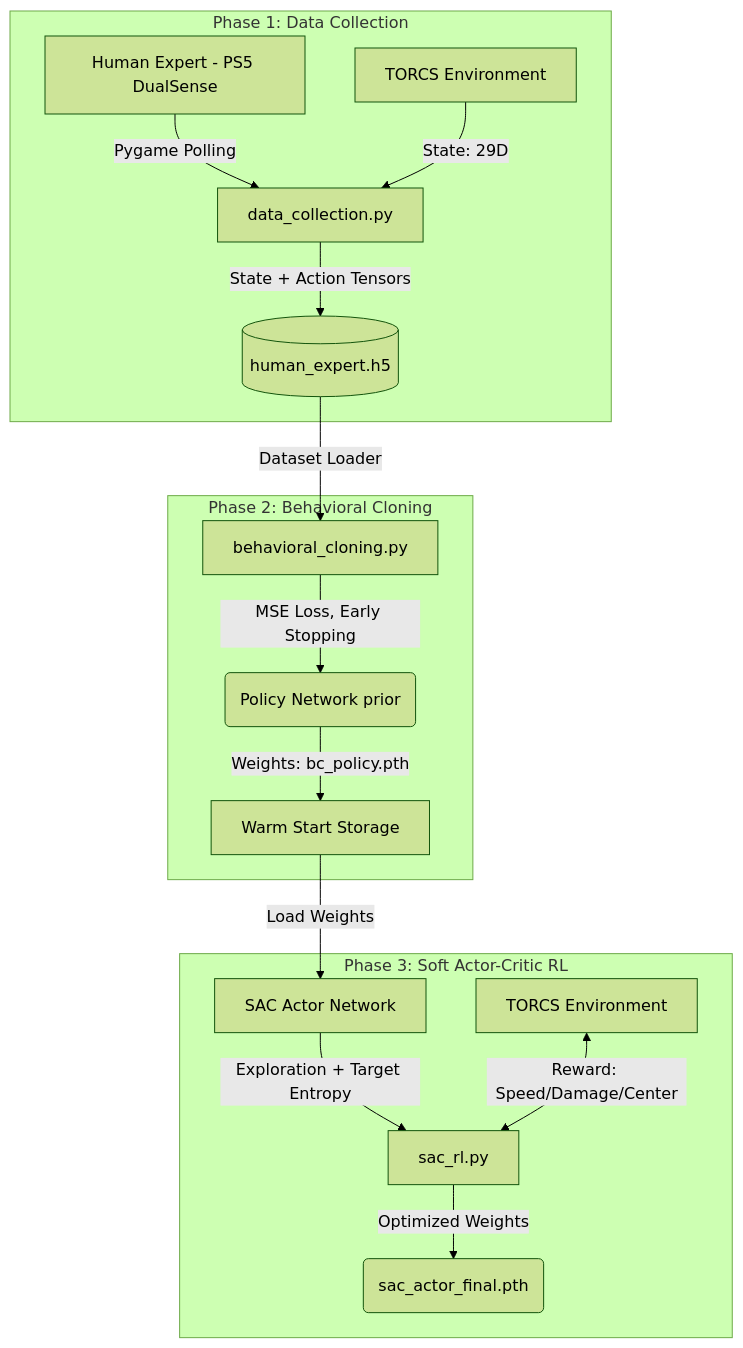
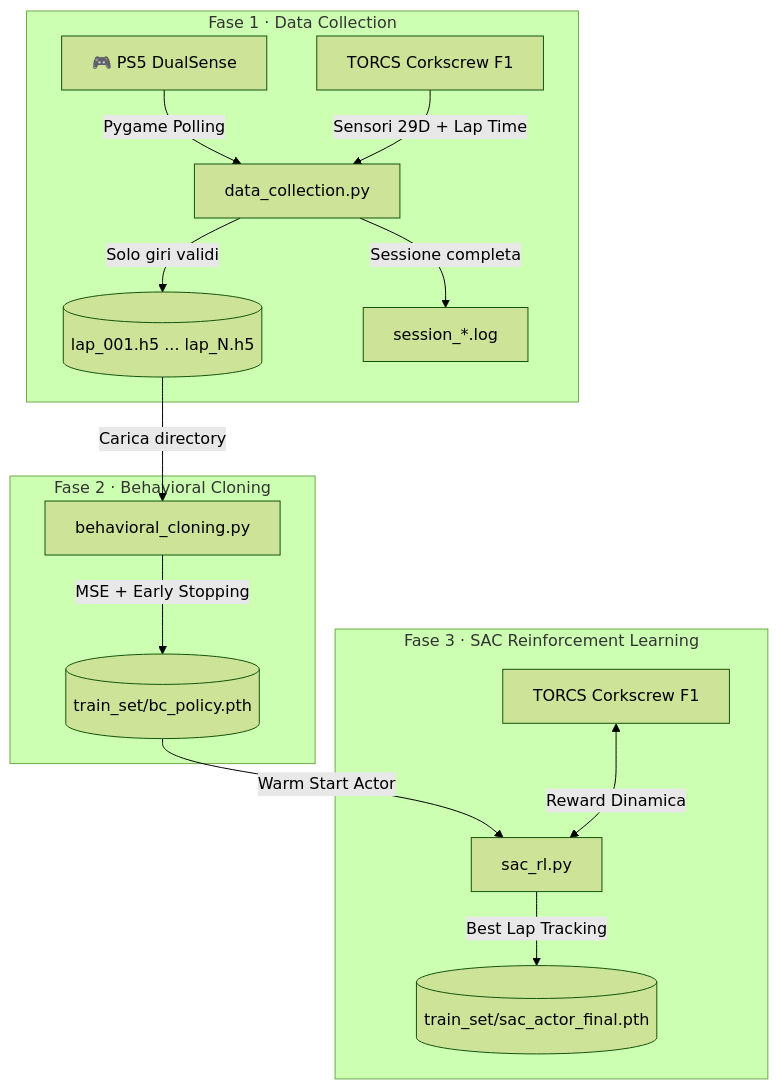
One commit to GT2DeathGun005/Iterative-Motors changed the diagram in README.md. Above: the diagram before and after it, drawn with Mermaid (forest theme). The commit also changed other lines of this file and 4 other files, not shown here.

Commit message:
refactor: update architecture documentation, standardize data collection formats, and optimize training pipelines

````diff
--- a/README.md
+++ b/README.md
@@ -13,21 +13,20 @@
 ```mermaid
 graph TD
-    subgraph Phase 1: Data Collection
-        H[Human Expert - PS5 DualSense] --> |Pygame Polling| DC[data_collection.py]
-        T1[TORCS Environment] --> |State: 29D| DC
-        DC --> |State + Action Tensors| H5[(human_expert.h5)]
+    subgraph "Fase 1 · Data Collection"
+        PS5[🎮 PS5 DualSense] -->|Pygame Polling| DC[data_collection.py]
+        T1[TORCS Corkscrew F1] -->|Sensori 29D + Lap Time| DC
+        DC -->|Solo giri validi| H5[(lap_001.h5 ... lap_N.h5)]
+        DC -->|Sessione completa| LOG[session_*.log]
     end
 
-    subgraph Phase 2: Behavioral Cloning
-        H5 --> |Dataset Loader| BC[behavioral_cloning.py]
-        BC --> |MSE Loss, Early Stopping| PN(Policy Network prior)
-        PN --> |Weights: bc_policy.pth| WS[Warm Start Storage]
+    subgraph "Fase 2 · Behavioral Cloning"
+        H5 -->|Carica directory| BC[behavioral_cloning.py]
+        BC -->|MSE + Early Stopping| WEIGHTS[(train_set/bc_policy.pth)]
     end
 
-    subgraph Phase 3: Soft Actor-Critic RL
-        WS --> |Load Weights| Actor[SAC Actor Network]
-        Actor --> |Exploration + Target Entropy| SAC[sac_rl.py]
-        T2[TORCS Environment] <--> |Reward: Speed/Damage/Center| SAC
-        SAC --> |Optimized Weights| Final(sac_actor_final.pth)
+    subgraph "Fase 3 · SAC Reinforcement Learning"
+        WEIGHTS -->|Warm Start Actor| SAC[sac_rl.py]
+        T2[TORCS Corkscrew F1] <-->|Reward Dinamica| SAC
+        SAC -->|Best Lap Tracking| FINAL[(train_set/sac_actor_final.pth)]
     end
 ```
````
